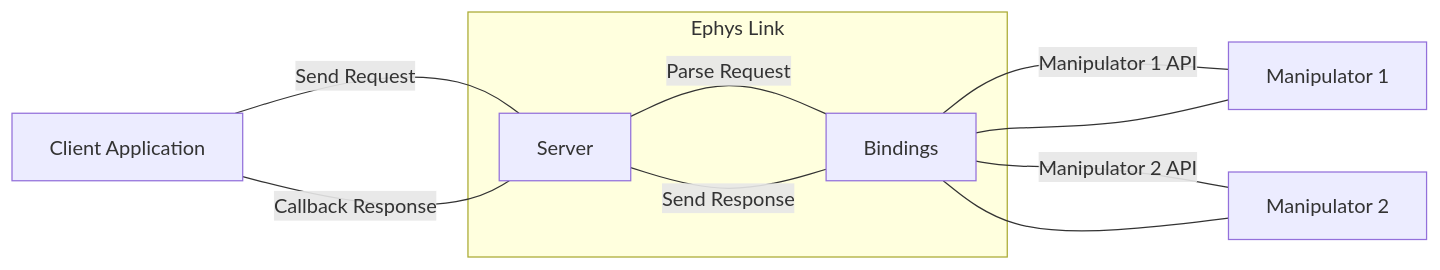
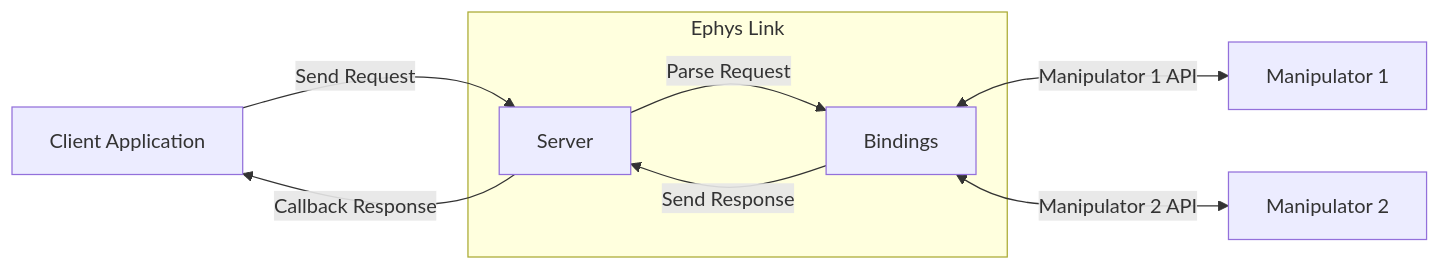
Before and after one commit to VirtualBrainLab/ephys-link: the first of 2 diagrams in docs/home/how_it_works.md, drawn with Mermaid.

Commit message:
Update diagram syntax in how_it_works.md (#476)

````diff
--- a/docs/home/how_it_works.md
+++ b/docs/home/how_it_works.md
@@ -15,18 +15,16 @@
 ```mermaid
 flowchart LR
     n1["Client Application"]
     n3["Manipulator 1"]
     n4["Manipulator 2"]
     subgraph s1["Ephys Link"]
         n6["Rectangle"]
         n2["Server"]
     end
-    n6["Bindings"] ---|" Manipulator 1 API "| n3
-    n1 ---|" Send Request "| n2
-    n2 ---|" Callback Response "| n1
-    n6 ---|" Manipulator 2 API "| n4
-    n3 --- n6
-    n4 --- n6
-    n2 ---|" Parse Request "| n6
-    n6 ---|" Send Response "| n2
+    n6["Bindings"] <-->|" Manipulator 1 API "| n3
+    n1 -->|" Send Request "| n2
+    n2 -->|" Callback Response "| n1
+    n6 <-->|" Manipulator 2 API "| n4
+    n2 -->|" Parse Request "| n6
+    n6 -->|" Send Response "| n2
 ```
````
